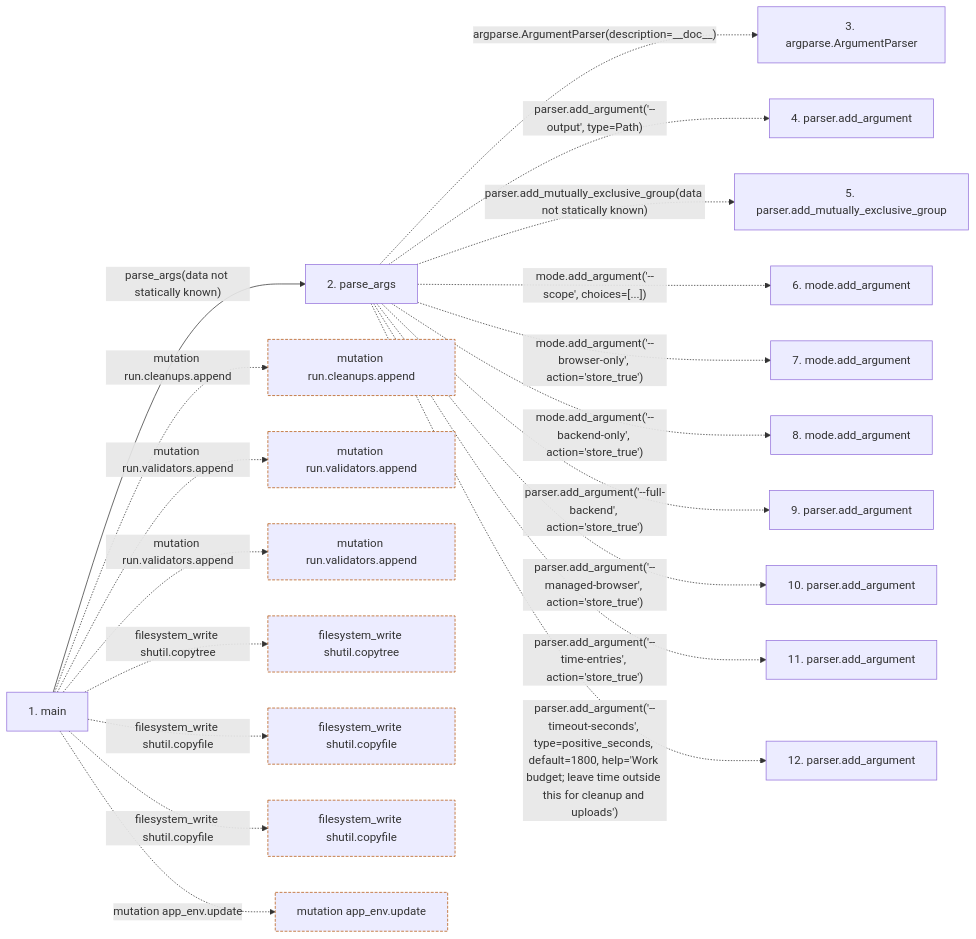
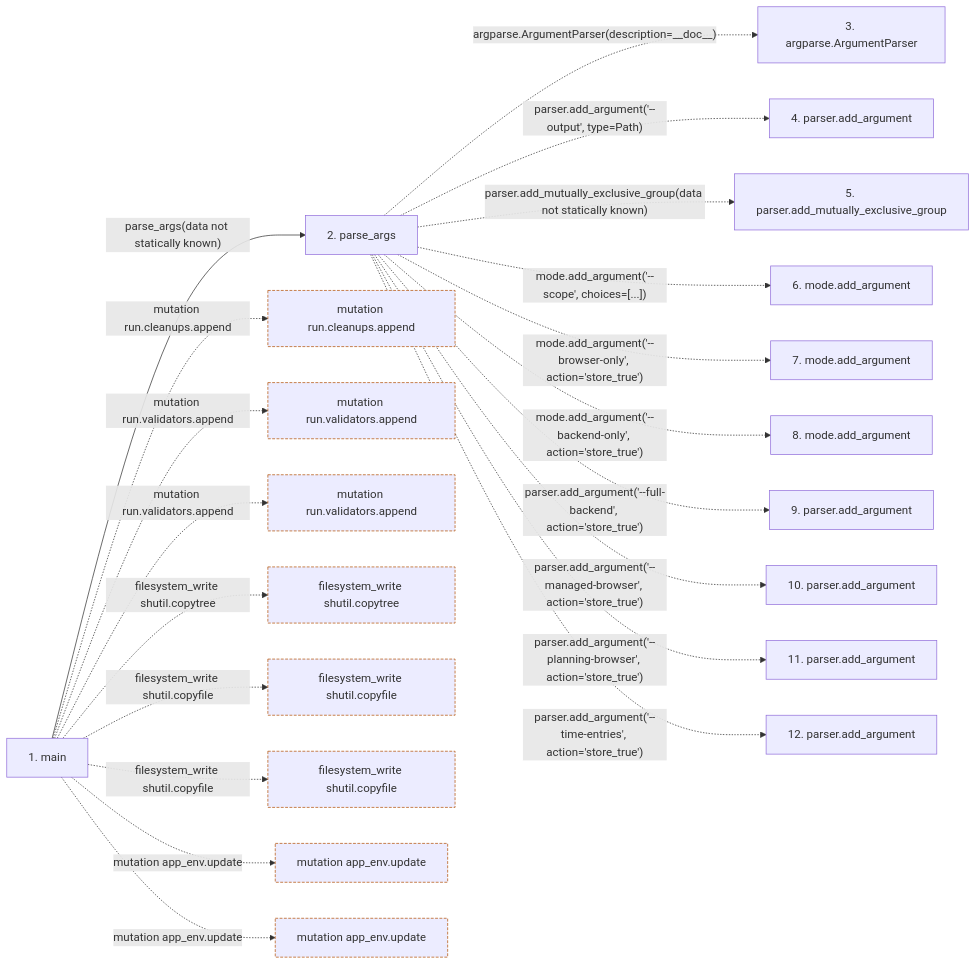
One commit to Denissvgn/WorkChord changed the second of 2 diagrams in docs/llm_wiki/flows/process-run_disposable_checks.md. Above: the diagram before and after it, drawn with Mermaid. The commit also changed other lines of this file and 398 other files, not shown here.

````diff
--- a/docs/llm_wiki/flows/process-run_disposable_checks.md
+++ b/docs/llm_wiki/flows/process-run_disposable_checks.md
@@ -73,50 +71,53 @@
 ```mermaid
 flowchart LR
     s1["1. main"]
     s2["2. parse_args"]
     s3["3. argparse.ArgumentParser"]
     s4["4. parser.add_argument"]
     s5["5. parser.add_mutually_exclusive_group"]
     s6["6. mode.add_argument"]
     s7["7. mode.add_argument"]
     s8["8. mode.add_argument"]
     s9["9. parser.add_argument"]
     s10["10. parser.add_argument"]
     s11["11. parser.add_argument"]
     s12["12. parser.add_argument"]
     s1 -->|"parse_args(data not statically known)"| s2
     s2 -. "argparse.ArgumentParser(description=__doc__)" .-> s3
     s2 -. "parser.add_argument('--output', type=Path)" .-> s4
     s2 -. "parser.add_mutually_exclusive_group(data not statically known)" .-> s5
     s2 -. "mode.add_argument('--scope', choices=[...])" .-> s6
     s2 -. "mode.add_argument('--browser-only', action='store_true')" .-> s7
     s2 -. "mode.add_argument('--backend-only', action='store_true')" .-> s8
     s2 -. "parser.add_argument('--full-backend', action='store_true')" .-> s9
     s2 -. "parser.add_argument('--managed-browser', action='store_true')" .-> s10
-    s2 -. "parser.add_argument('--time-entries', action='store_true')" .-> s11
-    s2 -. "parser.add_argument('--timeout-seconds', type=positive_seconds, default=1800, help='Work budget; leave time outside this for cleanup and uploads')" .-> s12
+    s2 -. "parser.add_argument('--planning-browser', action='store_true')" .-> s11
+    s2 -. "parser.add_argument('--time-entries', action='store_true')" .-> s12
     b0["mutation run.cleanups.append"]
     s1 -. "mutation run.cleanups.append" .-> b0
     b1["mutation run.validators.append"]
     s1 -. "mutation run.validators.append" .-> b1
     b2["mutation run.validators.append"]
     s1 -. "mutation run.validators.append" .-> b2
     b3["filesystem_write shutil.copytree"]
     s1 -. "filesystem_write shutil.copytree" .-> b3
     b4["filesystem_write shutil.copyfile"]
     s1 -. "filesystem_write shutil.copyfile" .-> b4
     b5["filesystem_write shutil.copyfile"]
     s1 -. "filesystem_write shutil.copyfile" .-> b5
     b6["mutation app_env.update"]
     s1 -. "mutation app_env.update" .-> b6
+    b7["mutation app_env.update"]
+    s1 -. "mutation app_env.update" .-> b7
     click s1 "../modules/run_disposable_checks.md"
     click s2 "../modules/run_disposable_checks.md"
     classDef boundary stroke:#b45309,stroke-dasharray: 4 2
     class b0 boundary
     class b1 boundary
     class b2 boundary
     class b3 boundary
     class b4 boundary
     class b5 boundary
     class b6 boundary
+    class b7 boundary
 ```
````
